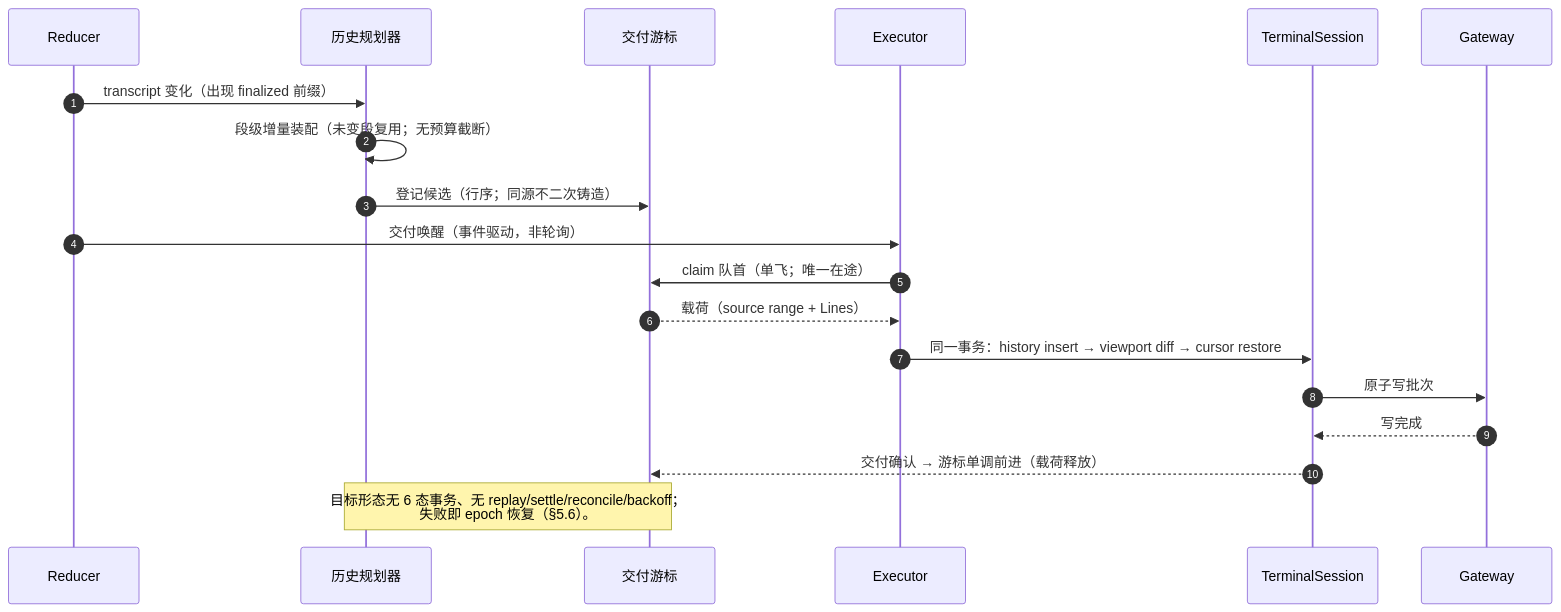
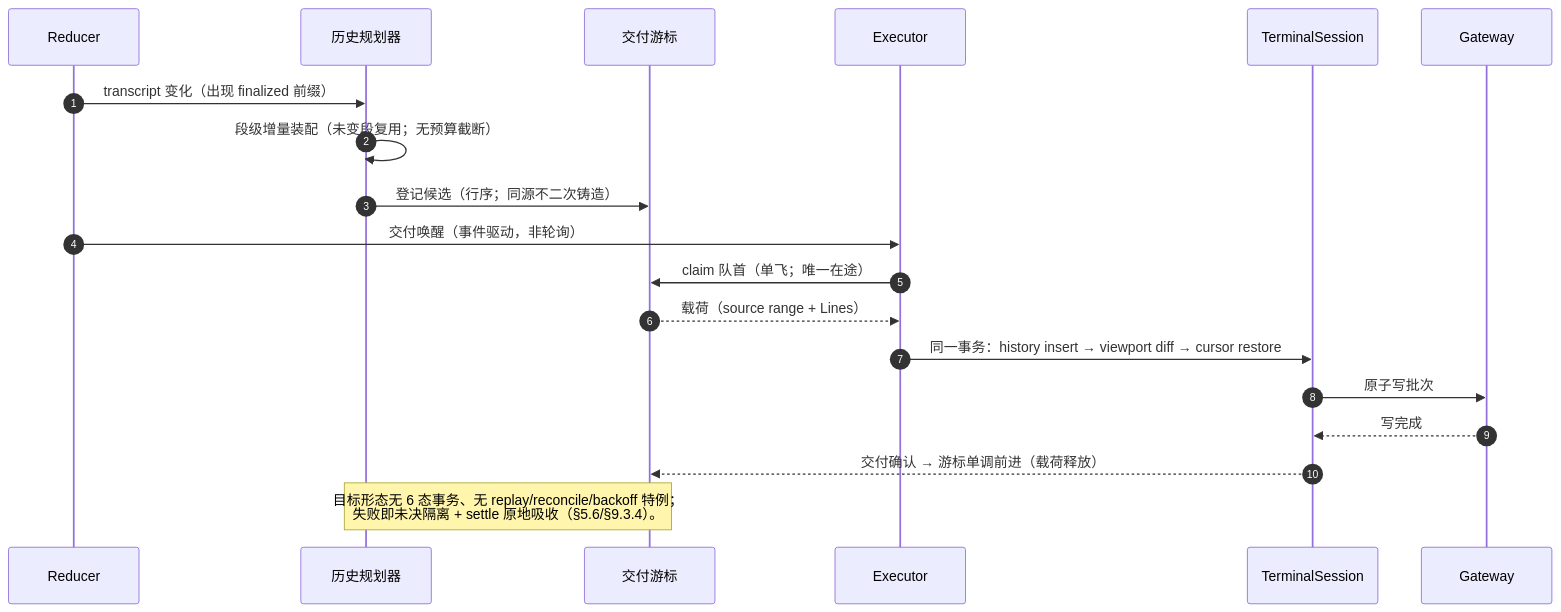
The third of 14 diagrams in docs/architecture/aicli-tui-renderer-architecture-design.md (wwsheng009/ai-agent-runtime), drawn with Mermaid before and after one commit. The commit also changed other lines of this file and 3 other files, not shown here.

Commit message:
docs(plan,architecture): A1-2c settle 定稿 + 六门槛删除面评估（§3.4/§3.6 对齐）

````diff
--- a/docs/architecture/aicli-tui-renderer-architecture-design.md
+++ b/docs/architecture/aicli-tui-renderer-architecture-design.md
@@ -291,22 +299,22 @@
 ```mermaid
 sequenceDiagram
     autonumber
     participant RD as Reducer
     participant PL as 历史规划器
     participant DC as 交付游标
     participant EX as Executor
     participant TS as TerminalSession
     participant GW as Gateway
 
     RD->>PL: transcript 变化（出现 finalized 前缀）
     PL->>PL: 段级增量装配（未变段复用；无预算截断）
     PL->>DC: 登记候选（行序；同源不二次铸造）
     RD->>EX: 交付唤醒（事件驱动，非轮询）
     EX->>DC: claim 队首（单飞；唯一在途）
     DC-->>EX: 载荷（source range + Lines）
     EX->>TS: 同一事务：history insert → viewport diff → cursor restore
     TS->>GW: 原子写批次
     GW-->>TS: 写完成
     TS-->>DC: 交付确认 → 游标单调前进（载荷释放）
-    Note over PL,DC: 目标形态无 6 态事务、无 replay/settle/reconcile/backoff；<br/>失败即 epoch 恢复（§5.6）。
+    Note over PL,DC: 目标形态无 6 态事务、无 replay/reconcile/backoff 特例；<br/>失败即未决隔离 + settle 原地吸收（§5.6/§9.3.4）。
 ```
````
